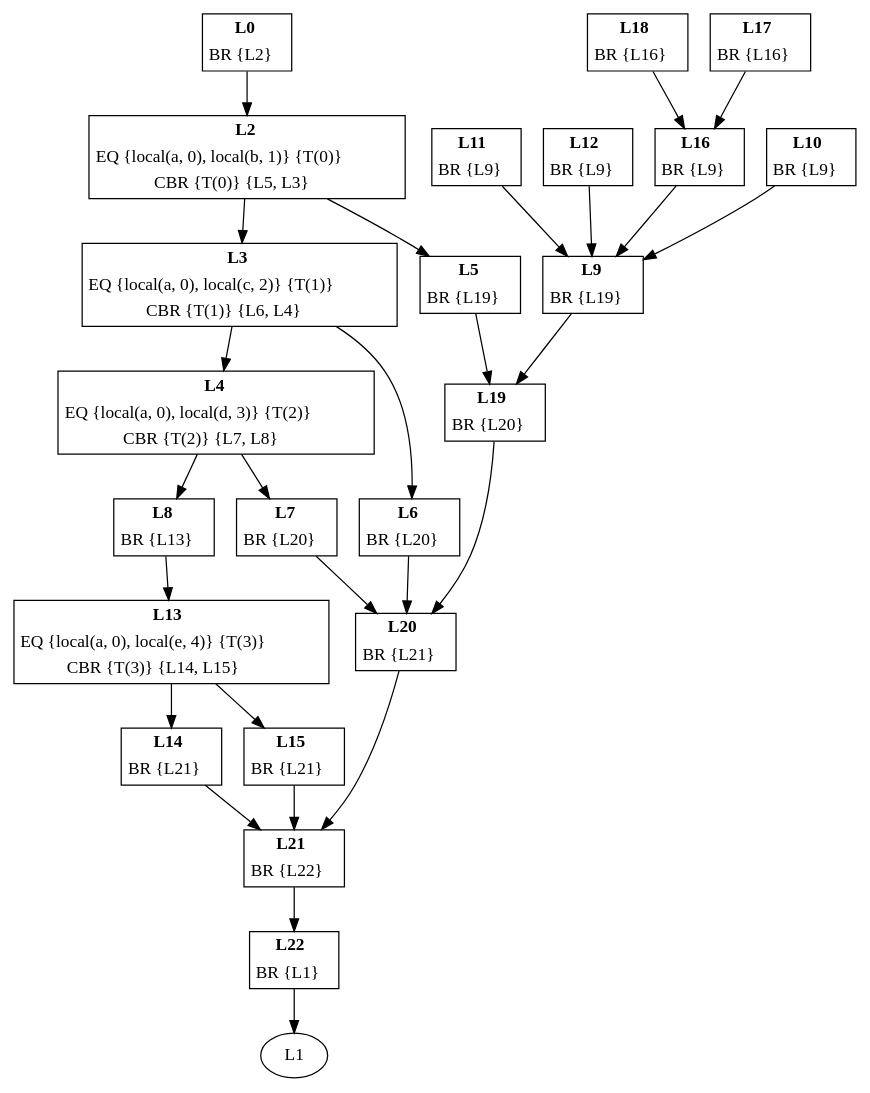
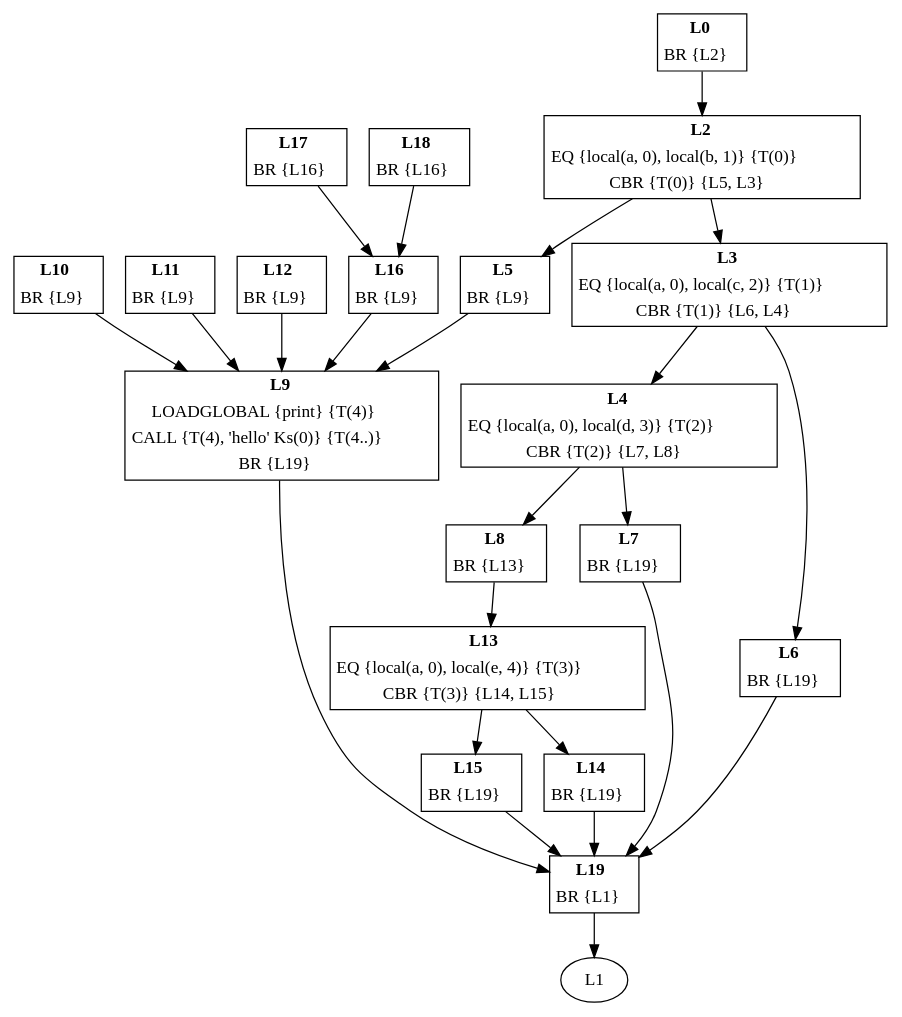
One commit to dibyendumajumdar/ravi-compiler changed the diagram in docs/cfg/if4-goto.gv. Above: the diagram before and after it, drawn with Graphviz. The commit also changed 5 other files, not shown here.

```diff
--- a/docs/cfg/if4-goto.gv
+++ b/docs/cfg/if4-goto.gv
@@ -1,120 +1,107 @@
 digraph Proc1 {
 L0 [shape=none, margin=0, label=<<TABLE BORDER="1" CELLBORDER="0">
 <TR><TD><B>L0</B></TD></TR>
 <TR><TD>BR {L2}</TD></TR>
 </TABLE>>];
 L0 -> L2
 L2 [shape=none, margin=0, label=<<TABLE BORDER="1" CELLBORDER="0">
 <TR><TD><B>L2</B></TD></TR>
 <TR><TD>EQ {local(a, 0), local(b, 1)} {T(0)}</TD></TR>
 <TR><TD>CBR {T(0)} {L5, L3}</TD></TR>
 </TABLE>>];
 L2 -> L5
 L2 -> L3
 L3 [shape=none, margin=0, label=<<TABLE BORDER="1" CELLBORDER="0">
 <TR><TD><B>L3</B></TD></TR>
 <TR><TD>EQ {local(a, 0), local(c, 2)} {T(1)}</TD></TR>
 <TR><TD>CBR {T(1)} {L6, L4}</TD></TR>
 </TABLE>>];
 L3 -> L6
 L3 -> L4
 L4 [shape=none, margin=0, label=<<TABLE BORDER="1" CELLBORDER="0">
 <TR><TD><B>L4</B></TD></TR>
 <TR><TD>EQ {local(a, 0), local(d, 3)} {T(2)}</TD></TR>
 <TR><TD>CBR {T(2)} {L7, L8}</TD></TR>
 </TABLE>>];
 L4 -> L7
 L4 -> L8
 L5 [shape=none, margin=0, label=<<TABLE BORDER="1" CELLBORDER="0">
 <TR><TD><B>L5</B></TD></TR>
+<TR><TD>BR {L9}</TD></TR>
+</TABLE>>];
+L5 -> L9
+L6 [shape=none, margin=0, label=<<TABLE BORDER="1" CELLBORDER="0">
+<TR><TD><B>L6</B></TD></TR>
 <TR><TD>BR {L19}</TD></TR>
 </TABLE>>];
-L5 -> L19
-L6 [shape=none, margin=0, label=<<TABLE BORDER="1" CELLBORDER="0">
-<TR><TD><B>L6</B></TD></TR>
-<TR><TD>BR {L20}</TD></TR>
-</TABLE>>];
-L6 -> L20
+L6 -> L19
 L7 [shape=none, margin=0, label=<<TABLE BORDER="1" CELLBORDER="0">
 <TR><TD><B>L7</B></TD></TR>
-<TR><TD>BR {L20}</TD></TR>
+<TR><TD>BR {L19}</TD></TR>
 </TABLE>>];
-L7 -> L20
+L7 -> L19
 L8 [shape=none, margin=0, label=<<TABLE BORDER="1" CELLBORDER="0">
 <TR><TD><B>L8</B></TD></TR>
 <TR><TD>BR {L13}</TD></TR>
 </TABLE>>];
 L8 -> L13
 L9 [shape=none, margin=0, label=<<TABLE BORDER="1" CELLBORDER="0">
 <TR><TD><B>L9</B></TD></TR>
+<TR><TD>LOADGLOBAL {print} {T(4)}</TD></TR>
+<TR><TD>CALL {T(4), 'hello' Ks(0)} {T(4..)}</TD></TR>
 <TR><TD>BR {L19}</TD></TR>
 </TABLE>>];
 L9 -> L19
 L10 [shape=none, margin=0, label=<<TABLE BORDER="1" CELLBORDER="0">
 <TR><TD><B>L10</B></TD></TR>
 <TR><TD>BR {L9}</TD></TR>
 </TABLE>>];
 L10 -> L9
 L11 [shape=none, margin=0, label=<<TABLE BORDER="1" CELLBORDER="0">
 <TR><TD><B>L11</B></TD></TR>
 <TR><TD>BR {L9}</TD></TR>
 </TABLE>>];
 L11 -> L9
 L12 [shape=none, margin=0, label=<<TABLE BORDER="1" CELLBORDER="0">
 <TR><TD><B>L12</B></TD></TR>
 <TR><TD>BR {L9}</TD></TR>
 </TABLE>>];
 L12 -> L9
 L13 [shape=none, margin=0, label=<<TABLE BORDER="1" CELLBORDER="0">
 <TR><TD><B>L13</B></TD></TR>
 <TR><TD>EQ {local(a, 0), local(e, 4)} {T(3)}</TD></TR>
 <TR><TD>CBR {T(3)} {L14, L15}</TD></TR>
 </TABLE>>];
 L13 -> L14
 L13 -> L15
 L14 [shape=none, margin=0, label=<<TABLE BORDER="1" CELLBORDER="0">
 <TR><TD><B>L14</B></TD></TR>
-<TR><TD>BR {L21}</TD></TR>
+<TR><TD>BR {L19}</TD></TR>
 </TABLE>>];
-L14 -> L21
+L14 -> L19
 L15 [shape=none, margin=0, label=<<TABLE BORDER="1" CELLBORDER="0">
 <TR><TD><B>L15</B></TD></TR>
-<TR><TD>BR {L21}</TD></TR>
+<TR><TD>BR {L19}</TD></TR>
 </TABLE>>];
-L15 -> L21
+L15 -> L19
 L16 [shape=none, margin=0, label=<<TABLE BORDER="1" CELLBORDER="0">
 <TR><TD><B>L16</B></TD></TR>
 <TR><TD>BR {L9}</TD></TR>
 </TABLE>>];
 L16 -> L9
 L17 [shape=none, margin=0, label=<<TABLE BORDER="1" CELLBORDER="0">
 <TR><TD><B>L17</B></TD></TR>
 <TR><TD>BR {L16}</TD></TR>
 </TABLE>>];
 L17 -> L16
 L18 [shape=none, margin=0, label=<<TABLE BORDER="1" CELLBORDER="0">
 <TR><TD><B>L18</B></TD></TR>
 <TR><TD>BR {L16}</TD></TR>
 </TABLE>>];
 L18 -> L16
 L19 [shape=none, margin=0, label=<<TABLE BORDER="1" CELLBORDER="0">
 <TR><TD><B>L19</B></TD></TR>
-<TR><TD>BR {L20}</TD></TR>
-</TABLE>>];
-L19 -> L20
-L20 [shape=none, margin=0, label=<<TABLE BORDER="1" CELLBORDER="0">
-<TR><TD><B>L20</B></TD></TR>
-<TR><TD>BR {L21}</TD></TR>
-</TABLE>>];
-L20 -> L21
-L21 [shape=none, margin=0, label=<<TABLE BORDER="1" CELLBORDER="0">
-<TR><TD><B>L21</B></TD></TR>
-<TR><TD>BR {L22}</TD></TR>
-</TABLE>>];
-L21 -> L22
-L22 [shape=none, margin=0, label=<<TABLE BORDER="1" CELLBORDER="0">
-<TR><TD><B>L22</B></TD></TR>
 <TR><TD>BR {L1}</TD></TR>
 </TABLE>>];
-L22 -> L1
+L19 -> L1
 }
```
